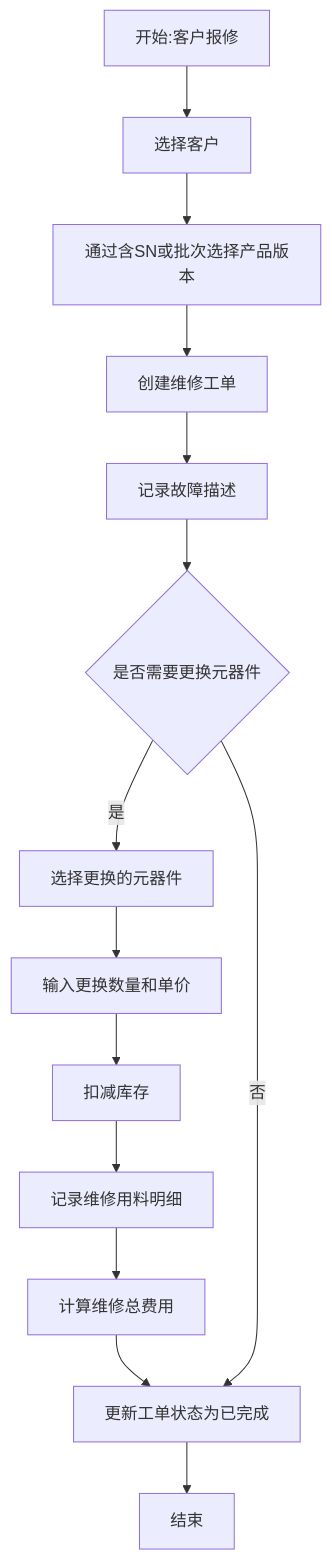
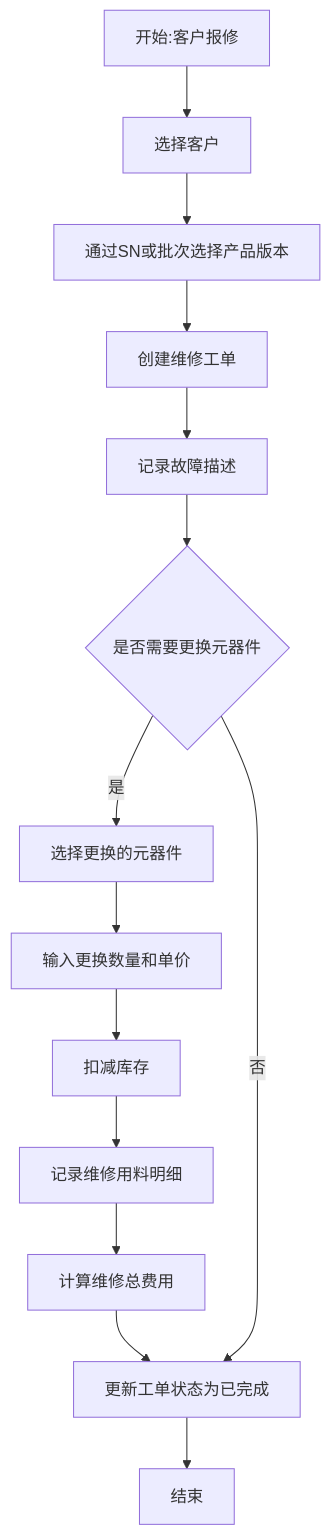
One commit to NorthBridgeAthlon64/HPLM_SQL changed the fourth of 6 diagrams in 01_功能说明.md. Above: the diagram before and after it, drawn with Mermaid. The commit also changed other lines of this file, not shown here.

````diff
--- a/01_功能说明.md
+++ b/01_功能说明.md
@@ -46,16 +85,16 @@
 ```mermaid
 flowchart TD
     A[开始:客户报修] --> B[选择客户]
-    B --> C[通过含SN或批次选择产品版本]
+    B --> C[通过SN或批次选择产品版本]
     C --> D[创建维修工单]
     D --> E[记录故障描述]
     E --> F{是否需要更换元器件}
     F -->|是| G[选择更换的元器件]
     G --> H[输入更换数量和单价]
     H --> I[扣减库存]
     I --> J[记录维修用料明细]
     J --> K[计算维修总费用]
     K --> L[更新工单状态为已完成]
     L --> M[结束]
     F -->|否| L
 ```
````
